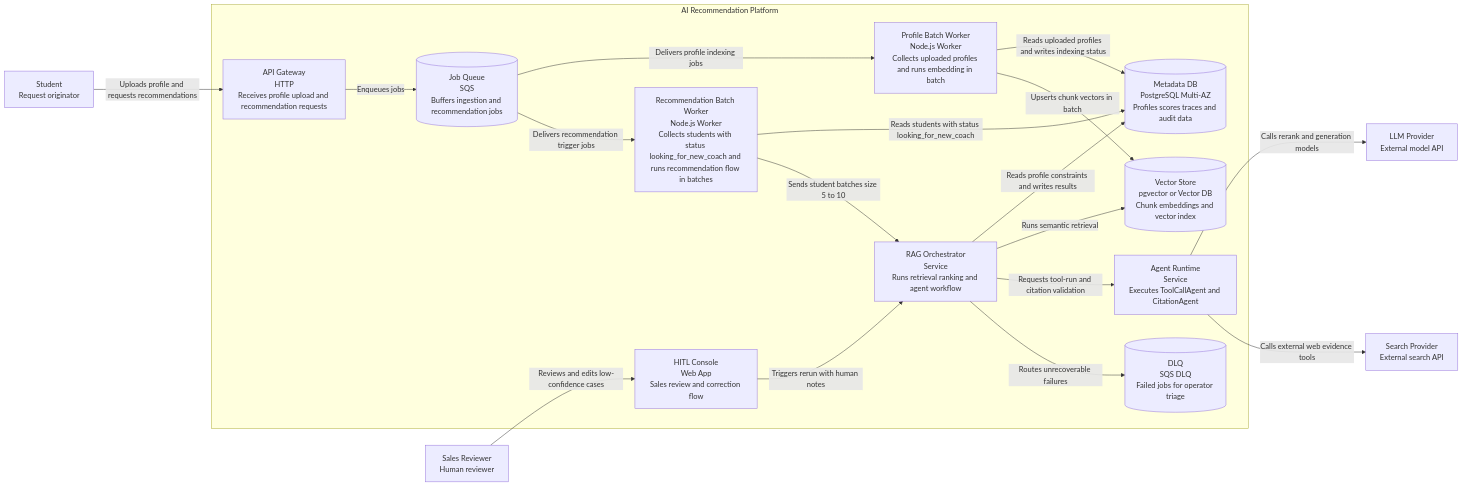
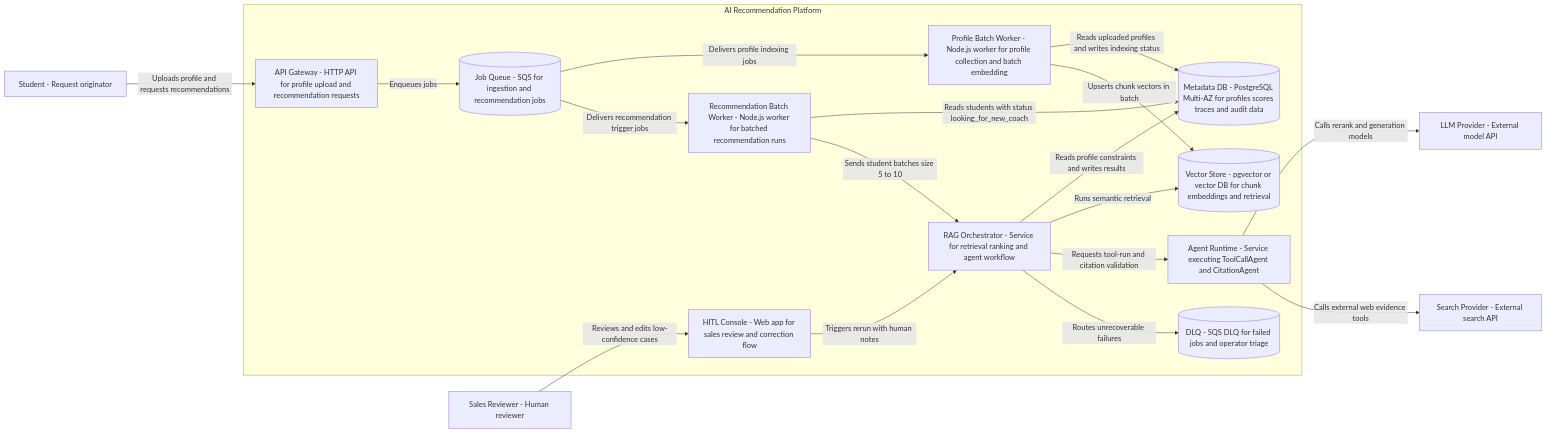
One commit to JackTran15/TF_AI_Engineer_Assignment changed the seventh of 8 diagrams in technical-proposal.md. Above: the diagram before and after it, drawn with Mermaid. The commit also changed other lines of this file and 8 other files, not shown here.

````diff
--- a/technical-proposal.md
+++ b/technical-proposal.md
@@ -290,38 +290,38 @@
 ```mermaid
 flowchart LR
-    studentUser["Student<br/>Request originator"]
-    salesReviewer["Sales Reviewer<br/>Human reviewer"]
+    studentUser["Student - Request originator"]
+    salesReviewer["Sales Reviewer - Human reviewer"]
 
     subgraph aiBoundary["AI Recommendation Platform"]
-        apiGateway["API Gateway<br/>HTTP<br/>Receives profile upload and recommendation requests"]
-        profileBatchWorker["Profile Batch Worker<br/>Node.js Worker<br/>Collects uploaded profiles and runs embedding in batch"]
-        recommendationBatchWorker["Recommendation Batch Worker<br/>Node.js Worker<br/>Collects students with status looking_for_new_coach and runs recommendation flow in batches"]
-        ragOrchestrator["RAG Orchestrator<br/>Service<br/>Runs retrieval ranking and agent workflow"]
-        agentRuntime["Agent Runtime<br/>Service<br/>Executes ToolCallAgent and CitationAgent"]
-        hitlConsole["HITL Console<br/>Web App<br/>Sales review and correction flow"]
-        metaDb[("Metadata DB<br/>PostgreSQL Multi-AZ<br/>Profiles scores traces and audit data")]
-        vectorDb[("Vector Store<br/>pgvector or Vector DB<br/>Chunk embeddings and vector index")]
-        jobQueue[("Job Queue<br/>SQS<br/>Buffers ingestion and recommendation jobs")]
-        dlqQueue[("DLQ<br/>SQS DLQ<br/>Failed jobs for operator triage")]
+        apiGateway["API Gateway - HTTP API for profile upload and recommendation requests"]
+        profileBatchWorker["Profile Batch Worker - Node.js worker for profile collection and batch embedding"]
+        recommendationBatchWorker["Recommendation Batch Worker - Node.js worker for batched recommendation runs"]
+        ragOrchestrator["RAG Orchestrator - Service for retrieval ranking and agent workflow"]
+        agentRuntime["Agent Runtime - Service executing ToolCallAgent and CitationAgent"]
+        hitlConsole["HITL Console - Web app for sales review and correction flow"]
+        metaDb[("Metadata DB - PostgreSQL Multi-AZ for profiles scores traces and audit data")]
+        vectorDb[("Vector Store - pgvector or vector DB for chunk embeddings and retrieval")]
+        jobQueue[("Job Queue - SQS for ingestion and recommendation jobs")]
+        dlqQueue[("DLQ - SQS DLQ for failed jobs and operator triage")]
     end
 
-    llmProvider["LLM Provider<br/>External model API"]
-    searchProvider["Search Provider<br/>External search API"]
+    llmProvider["LLM Provider - External model API"]
+    searchProvider["Search Provider - External search API"]
 
     studentUser -->|"Uploads profile and requests recommendations"| apiGateway
     apiGateway -->|"Enqueues jobs"| jobQueue
     jobQueue -->|"Delivers profile indexing jobs"| profileBatchWorker
     jobQueue -->|"Delivers recommendation trigger jobs"| recommendationBatchWorker
     profileBatchWorker -->|"Reads uploaded profiles and writes indexing status"| metaDb
     profileBatchWorker -->|"Upserts chunk vectors in batch"| vectorDb
     recommendationBatchWorker -->|"Reads students with status looking_for_new_coach"| metaDb
     recommendationBatchWorker -->|"Sends student batches size 5 to 10"| ragOrchestrator
     ragOrchestrator -->|"Reads profile constraints and writes results"| metaDb
     ragOrchestrator -->|"Runs semantic retrieval"| vectorDb
     ragOrchestrator -->|"Requests tool-run and citation validation"| agentRuntime
     agentRuntime -->|"Calls rerank and generation models"| llmProvider
     agentRuntime -->|"Calls external web evidence tools"| searchProvider
     ragOrchestrator -->|"Routes unrecoverable failures"| dlqQueue
     salesReviewer -->|"Reviews and edits low-confidence cases"| hitlConsole
     hitlConsole -->|"Triggers rerun with human notes"| ragOrchestrator
 ```
````
